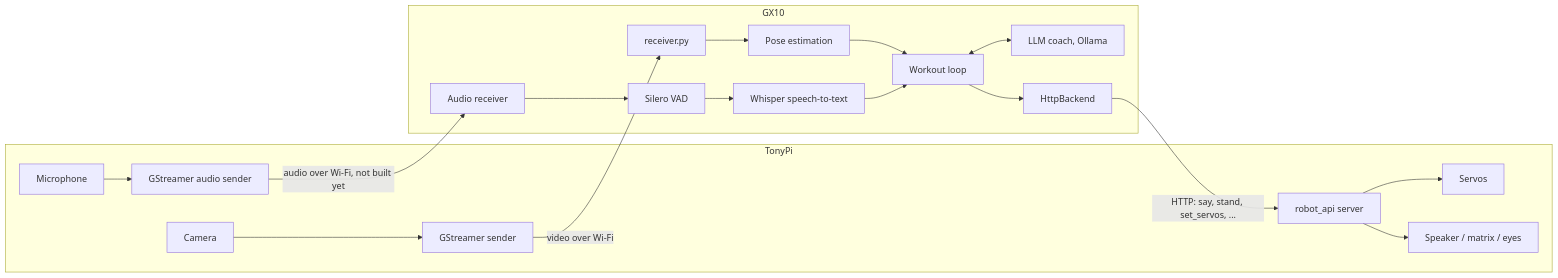
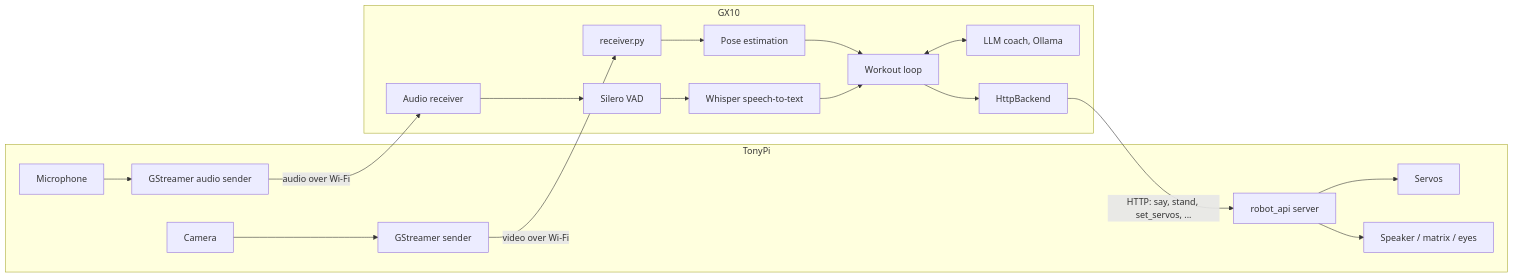
The first of 2 diagrams in docs/workout-agent-loop.md (rv-us/baymax), drawn with Mermaid before and after one commit. The commit also changed other lines of this file, not shown here.

````diff
--- a/docs/workout-agent-loop.md
+++ b/docs/workout-agent-loop.md
@@ -11,20 +11,20 @@
 ```mermaid
 flowchart LR
     subgraph Pi[TonyPi]
         CAM[Camera] --> SEND[GStreamer sender]
         API[robot_api server]
         API --> SERVOS[Servos]
         API --> SPK[Speaker / matrix / eyes]
         MIC[Microphone] --> ASEND[GStreamer audio sender]
     end
     subgraph GX[GX10]
         RX[receiver.py] --> POSE[Pose estimation]
         POSE --> LOOP[Workout loop]
         ARX[Audio receiver] --> VAD[Silero VAD] --> STT[Whisper speech-to-text] --> LOOP
         LOOP <--> LLM[LLM coach, Ollama]
         LOOP --> CLIENT[HttpBackend]
     end
     SEND -- video over Wi-Fi --> RX
     CLIENT -- HTTP: say, stand, set_servos, ... --> API
-    ASEND -- audio over Wi-Fi, not built yet --> ARX
+    ASEND -- audio over Wi-Fi --> ARX
 ```
````
